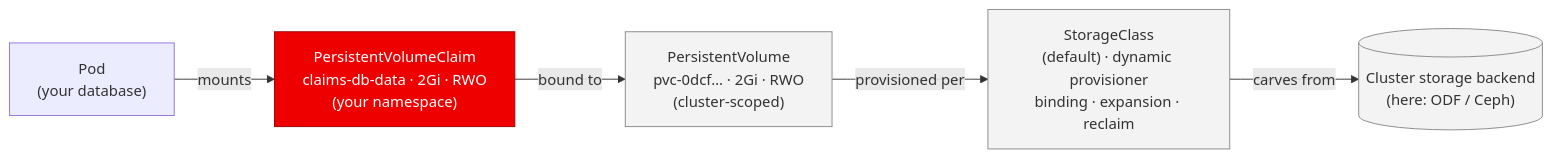
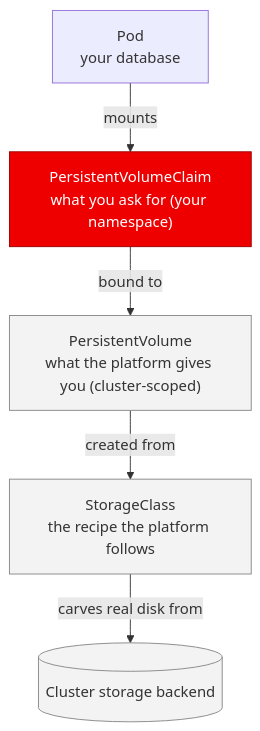
Before and after one commit to serhat-dirik/OCP-Getting-Started-Revamped: the first of 2 diagrams in content/modules/ROOT/pages/m05-storage-stateful/concept.adoc, drawn with Mermaid. The commit also changed other lines of this file and 4 other files, not shown here.

```diff
--- a/content/modules/ROOT/pages/m05-storage-stateful/concept.adoc
+++ b/content/modules/ROOT/pages/m05-storage-stateful/concept.adoc
@@ -43,12 +43,12 @@
 [mermaid]
 ....
-graph LR
-  app["Pod<br/>(your database)"] -->|mounts| pvc["PersistentVolumeClaim<br/>claims-db-data · 2Gi · RWO<br/>(your namespace)"]
-  pvc -->|bound to| pv["PersistentVolume<br/>pvc-0dcf… · 2Gi · RWO<br/>(cluster-scoped)"]
-  pv -->|provisioned per| sc["StorageClass<br/>(default) · dynamic provisioner<br/>binding · expansion · reclaim"]
-  sc -->|carves from| backend[("Cluster storage backend<br/>(here: ODF / Ceph)")]
+graph TB
+  app["Pod<br/>your database"] -->|mounts| pvc["PersistentVolumeClaim<br/>what you ask for (your namespace)"]
+  pvc -->|bound to| pv["PersistentVolume<br/>what the platform gives you (cluster-scoped)"]
+  pv -->|created from| sc["StorageClass<br/>the recipe the platform follows"]
+  sc -->|carves real disk from| backend[("Cluster storage backend")]
   classDef ask fill:#e00,stroke:#900,color:#fff;
   classDef plat fill:#f3f3f3,stroke:#888,color:#333;
   class pvc ask;
   class pv,sc,backend plat;
 ....
```
